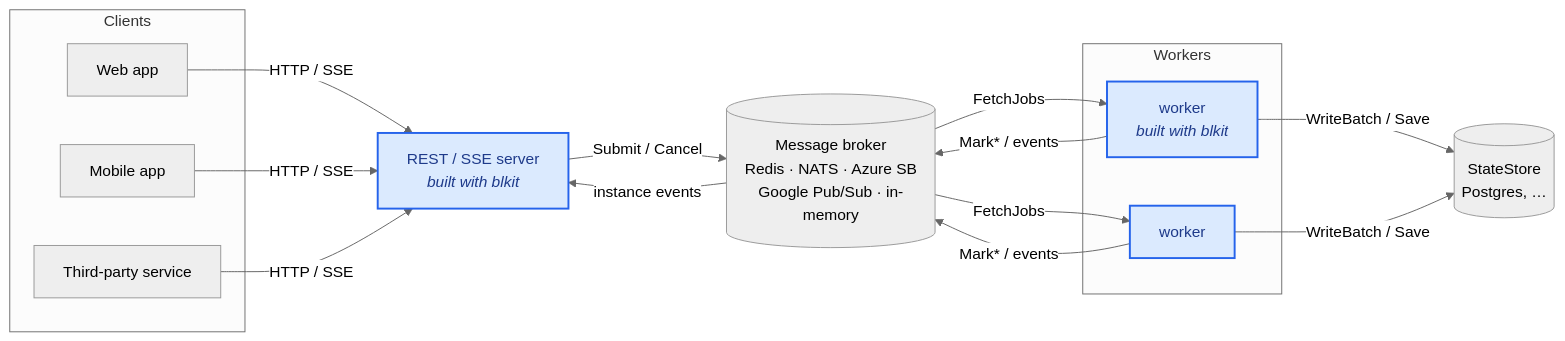
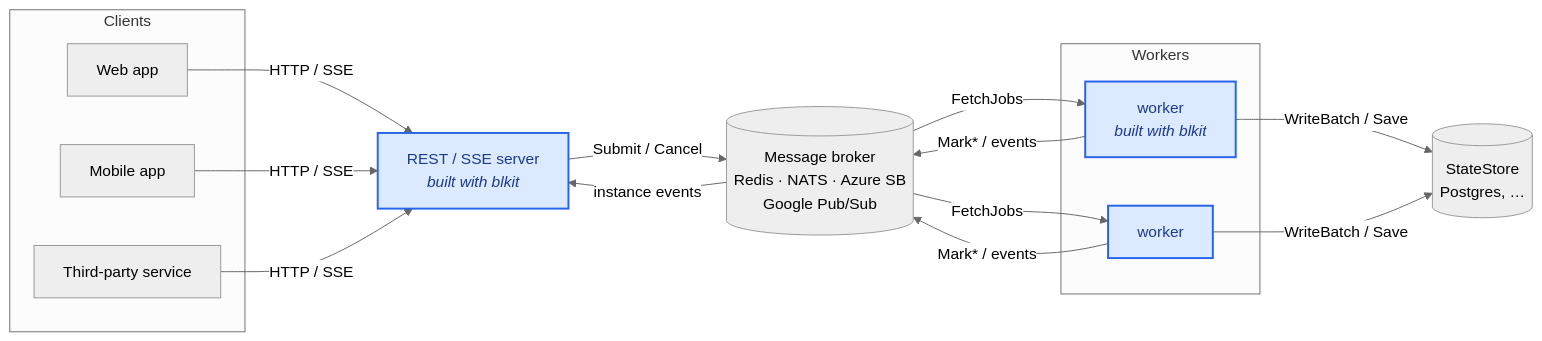
Before and after one commit to friendly-business-machines/blkit: the first of 2 diagrams in README.md, drawn with Mermaid (neutral theme). The commit also changed other lines of this file, not shown here.

````diff
--- a/README.md
+++ b/README.md
@@ -249,37 +249,37 @@
 ```mermaid
 flowchart LR
     subgraph Clients["Clients"]
         Web["Web app"]
         Mobile["Mobile app"]
         Svc["Third-party service"]
     end
 
     REST["REST / SSE server<br/><i>built with blkit</i>"]
 
-    Broker[("Message broker<br/>Redis · NATS · Azure SB<br/>Google Pub/Sub · in-memory")]
+    Broker[("Message broker<br/>Redis · NATS · Azure SB<br/>Google Pub/Sub")]
 
     subgraph Workers["Workers"]
         W1["worker<br/><i>built with blkit</i>"]
         W2["worker"]
     end
 
     Store[("StateStore<br/>Postgres, …")]
 
     Web -->|"HTTP / SSE"| REST
     Mobile -->|"HTTP / SSE"| REST
     Svc -->|"HTTP / SSE"| REST
 
     REST -->|"Submit / Cancel"| Broker
     Broker -->|"instance events"| REST
 
     Broker -->|"FetchJobs"| W1
     Broker -->|"FetchJobs"| W2
     W1 -->|"Mark* / events"| Broker
     W2 -->|"Mark* / events"| Broker
 
     W1 -->|"WriteBatch / Save"| Store
     W2 -->|"WriteBatch / Save"| Store
 
     classDef blkit fill:#dbeafe,stroke:#2563eb,stroke-width:2px,color:#1e3a8a;
     class REST,W1,W2 blkit;
 ```
````
